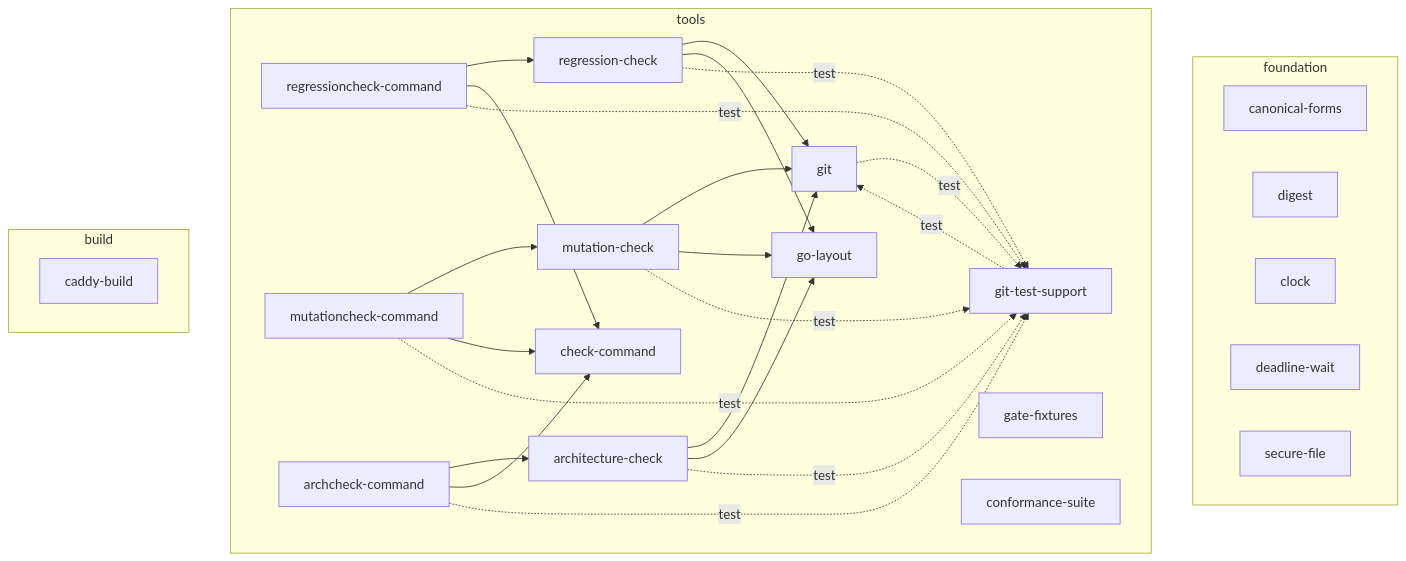
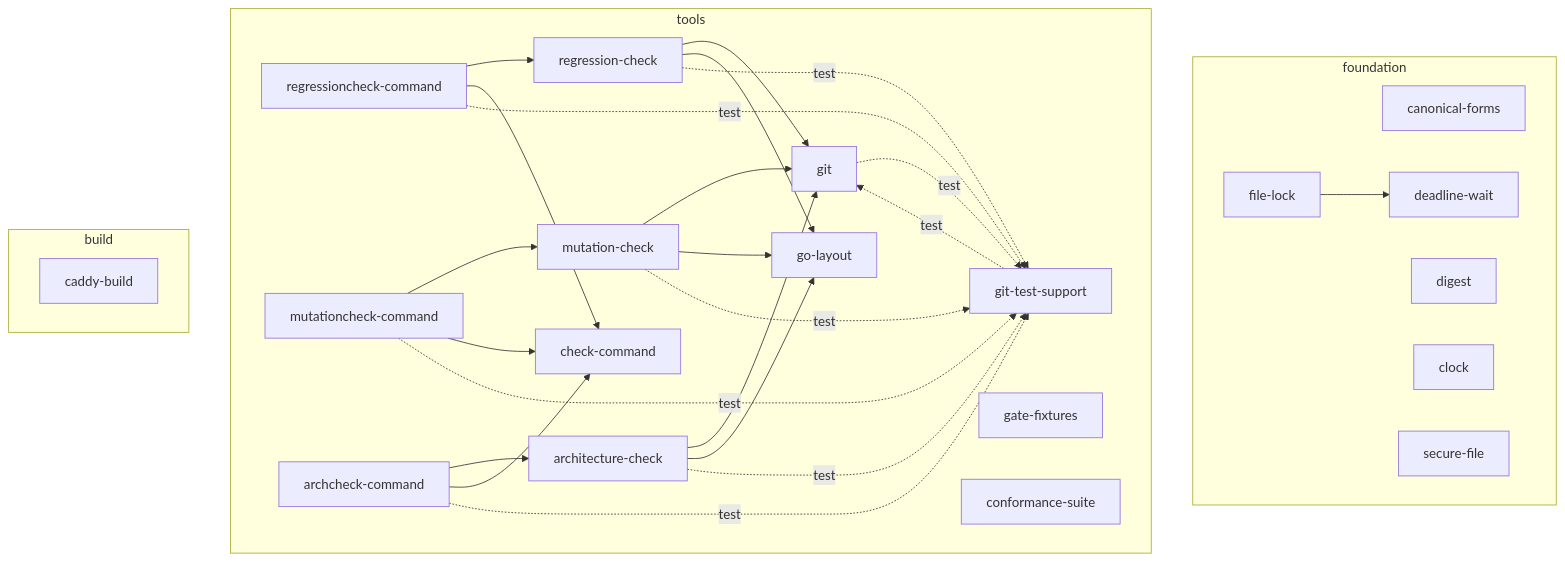
The diagram in docs/architecture/go-architecture.md (OpenRAE/lilrae), drawn with Mermaid before and after one commit. The commit also changed 2 other files, not shown here.

Commit message:
docs: record the design of the file locks
Add the design note of #1609 and the file-lock component of the
architecture model, with its generated diagram.

````diff
--- a/docs/architecture/go-architecture.md
+++ b/docs/architecture/go-architecture.md
@@ -17,47 +17,49 @@
 ```mermaid
 flowchart TB
     subgraph layer_foundation[foundation]
         component_canonical_forms[canonical-forms]
         component_digest[digest]
         component_clock[clock]
         component_deadline_wait[deadline-wait]
         component_secure_file[secure-file]
+        component_file_lock[file-lock]
     end
     subgraph layer_tools[tools]
         component_regressioncheck_command[regressioncheck-command]
         component_mutationcheck_command[mutationcheck-command]
         component_archcheck_command[archcheck-command]
         component_regression_check[regression-check]
         component_mutation_check[mutation-check]
         component_architecture_check[architecture-check]
         component_check_command[check-command]
         component_go_layout[go-layout]
         component_git[git]
         component_git_test_support[git-test-support]
         component_gate_fixtures[gate-fixtures]
         component_conformance_suite[conformance-suite]
     end
     subgraph layer_build[build]
         component_caddy_build[caddy-build]
     end
     component_regressioncheck_command --> component_regression_check
     component_regressioncheck_command --> component_check_command
     component_regressioncheck_command -. test .-> component_git_test_support
     component_mutationcheck_command --> component_mutation_check
     component_mutationcheck_command --> component_check_command
     component_mutationcheck_command -. test .-> component_git_test_support
     component_archcheck_command --> component_architecture_check
     component_archcheck_command --> component_check_command
     component_archcheck_command -. test .-> component_git_test_support
     component_regression_check --> component_git
     component_regression_check --> component_go_layout
     component_regression_check -. test .-> component_git_test_support
     component_mutation_check --> component_git
     component_mutation_check --> component_go_layout
     component_mutation_check -. test .-> component_git_test_support
     component_architecture_check --> component_git
     component_architecture_check --> component_go_layout
     component_architecture_check -. test .-> component_git_test_support
     component_git -. test .-> component_git_test_support
     component_git_test_support -. test .-> component_git
+    component_file_lock --> component_deadline_wait
 ```
````
